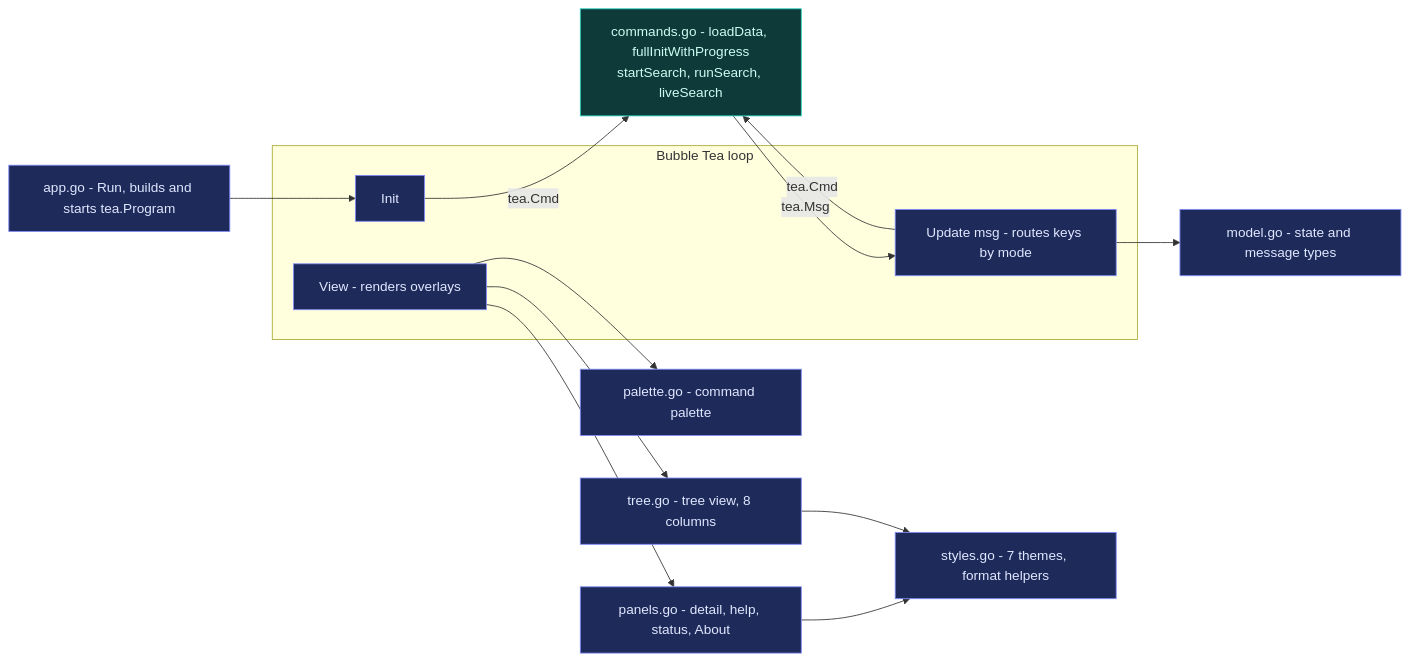
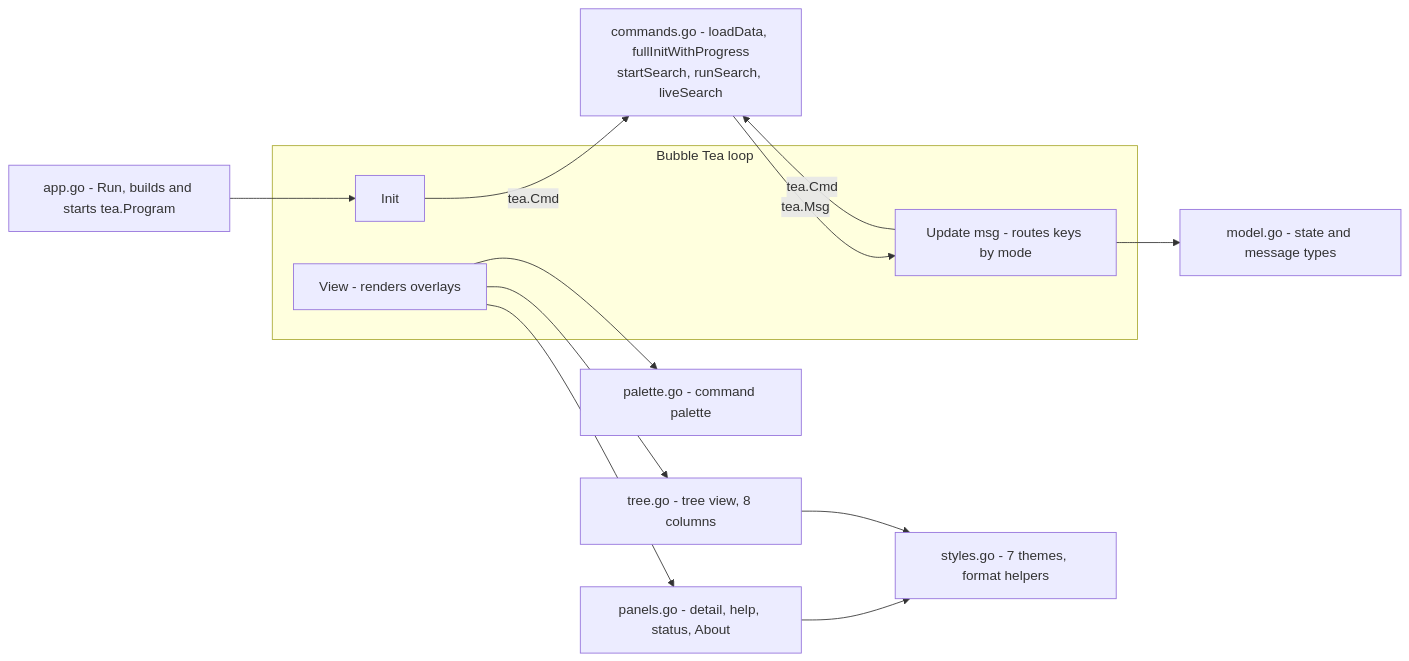
One commit to DVacirca/whatsinstalled changed the second of 2 diagrams in docs/ARCHITECTURE.md. Above: the diagram before and after it, drawn with Mermaid. The commit also changed other lines of this file and 1 other file, not shown here.

First line of the commit message:
strip Mermaid down to bare syntax - no classDef, no cylinder, no direction

````diff
--- a/docs/ARCHITECTURE.md
+++ b/docs/ARCHITECTURE.md
@@ -117,33 +99,28 @@
 ```mermaid
 flowchart LR
     RUN["app.go - Run, builds and starts tea.Program"]
 
     subgraph loop["Bubble Tea loop"]
         INIT["Init"]
         UPDATE["Update msg - routes keys by mode"]
         VIEW["View - renders overlays"]
     end
 
     MODEL["model.go - state and message types"]
     CMDS["commands.go - loadData, fullInitWithProgress<br/>startSearch, runSearch, liveSearch"]
     PALETTE["palette.go - command palette"]
     PANELS["panels.go - detail, help, status, About"]
     TREE["tree.go - tree view, 8 columns"]
     STYLES["styles.go - 7 themes, format helpers"]
 
     RUN --> INIT
     INIT -->|tea.Cmd| CMDS
     UPDATE -->|tea.Cmd| CMDS
     CMDS -->|tea.Msg| UPDATE
     UPDATE --> MODEL
     VIEW --> PANELS
     VIEW --> TREE
     VIEW --> PALETTE
     PANELS --> STYLES
     TREE --> STYLES
-
-    classDef f fill:#1e2a5a,stroke:#818cf8,color:#e0e7ff
-    classDef m fill:#0e3a3a,stroke:#2dd4bf,color:#ccfbf1
-    class RUN,INIT,UPDATE,VIEW,MODEL,PALETTE,PANELS,TREE,STYLES f
-    class CMDS m
 ```
````
